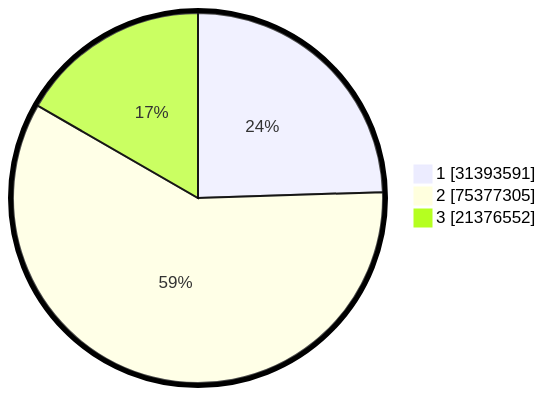
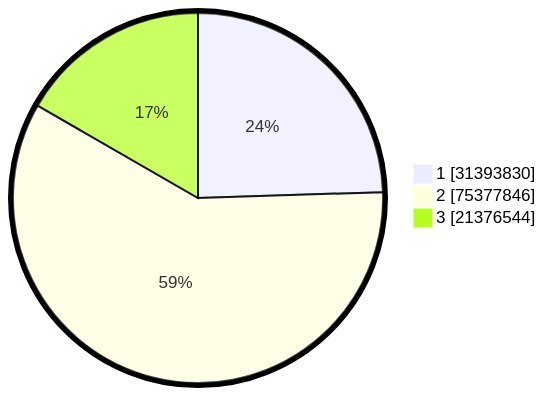
One commit to gigit-pemilu/pemilu-2024 changed the second of 2 diagrams in pilpres/hitung-suara/README.md. Above: the diagram before and after it, drawn with Mermaid. The commit also changed other lines of this file and 8 other files, not shown here.

````diff
--- a/pilpres/hitung-suara/README.md
+++ b/pilpres/hitung-suara/README.md
@@ -93,7 +93,7 @@
 ```mermaid
 %%{init: {"pie": {"textPosition": 0.5}, "themeVariables": {"pieOuterStrokeWidth": "5px"}} }%%
 pie showData
-    "1" : 31393591
-    "2" : 75377305
-    "3" : 21376552
+    "1" : 31393830
+    "2" : 75377846
+    "3" : 21376544
 ```
````
